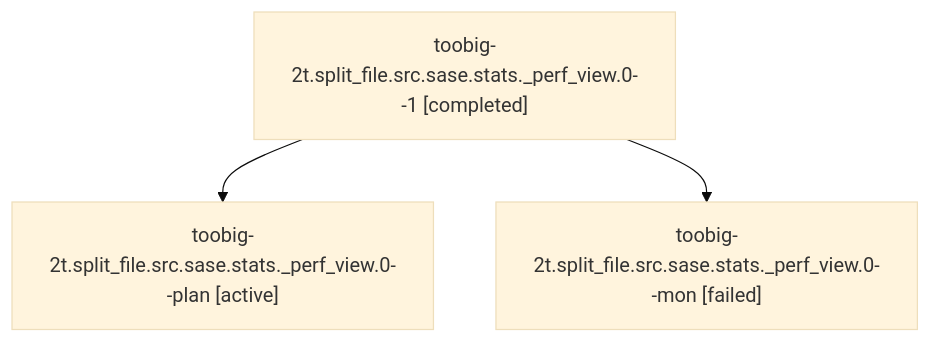
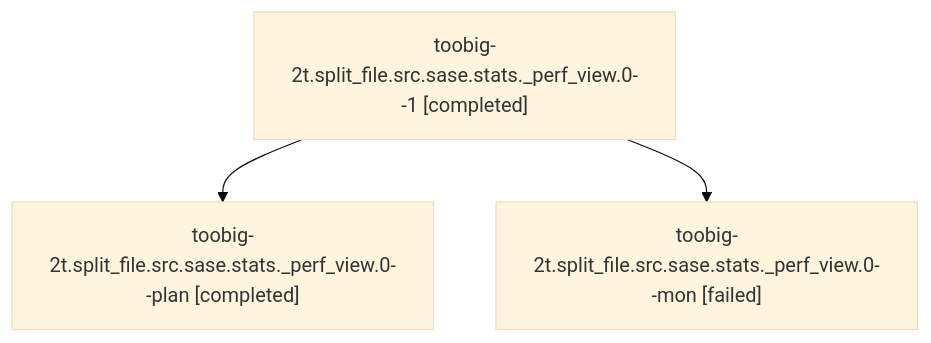
The diagram in families/bbugyi200.athena.toobig-2t.split_file.src.sase.stats._perf_view.0.md (sase-org/sase--agents), drawn with Mermaid (base theme) before and after one commit. The commit also changed other lines of this file and 24 other files, not shown here.

````diff
--- a/families/bbugyi200.athena.toobig-2t.split_file.src.sase.stats._perf_view.0.md
+++ b/families/bbugyi200.athena.toobig-2t.split_file.src.sase.stats._perf_view.0.md
@@ -9,8 +9,8 @@
 ```mermaid
 flowchart TD
   n0["toobig-2t.split_file.src.sase.stats._perf_view.0--1 [completed]"]
-  n1["toobig-2t.split_file.src.sase.stats._perf_view.0--plan [active]"]
+  n1["toobig-2t.split_file.src.sase.stats._perf_view.0--plan [completed]"]
   n0 --> n1
   n2["toobig-2t.split_file.src.sase.stats._perf_view.0--mon [failed]"]
   n0 --> n2
 ```
````
